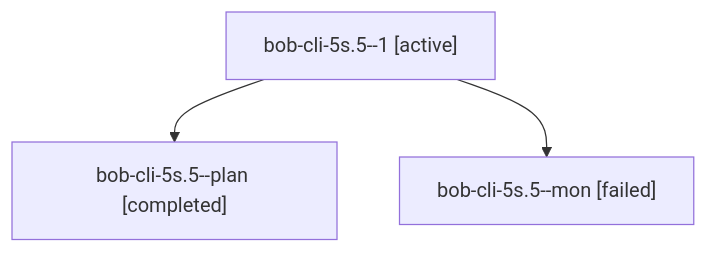
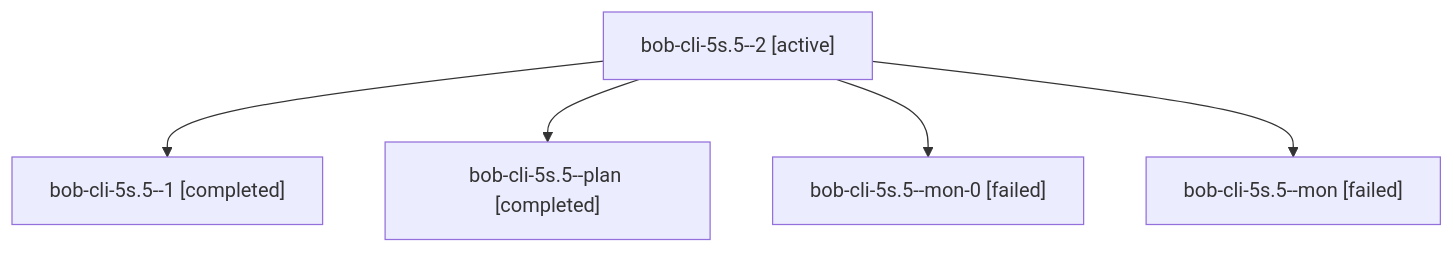
The diagram in sessions/bbugyi200.apollo.bob-cli-5s.5.md (bobs-org/bob-cli--agents), drawn with Mermaid before and after one commit. The commit also changed other lines of this file and 35 other files, not shown here.

````diff
--- a/sessions/bbugyi200.apollo.bob-cli-5s.5.md
+++ b/sessions/bbugyi200.apollo.bob-cli-5s.5.md
@@ -9,8 +9,12 @@
 ```mermaid
 flowchart TD
-  n0["bob-cli-5s.5--1 [active]"]
-  n1["bob-cli-5s.5--plan [completed]"]
+  n0["bob-cli-5s.5--2 [active]"]
+  n1["bob-cli-5s.5--1 [completed]"]
   n0 --> n1
-  n2["bob-cli-5s.5--mon [failed]"]
+  n2["bob-cli-5s.5--plan [completed]"]
   n0 --> n2
+  n3["bob-cli-5s.5--mon-0 [failed]"]
+  n0 --> n3
+  n4["bob-cli-5s.5--mon [failed]"]
+  n0 --> n4
 ```
````
